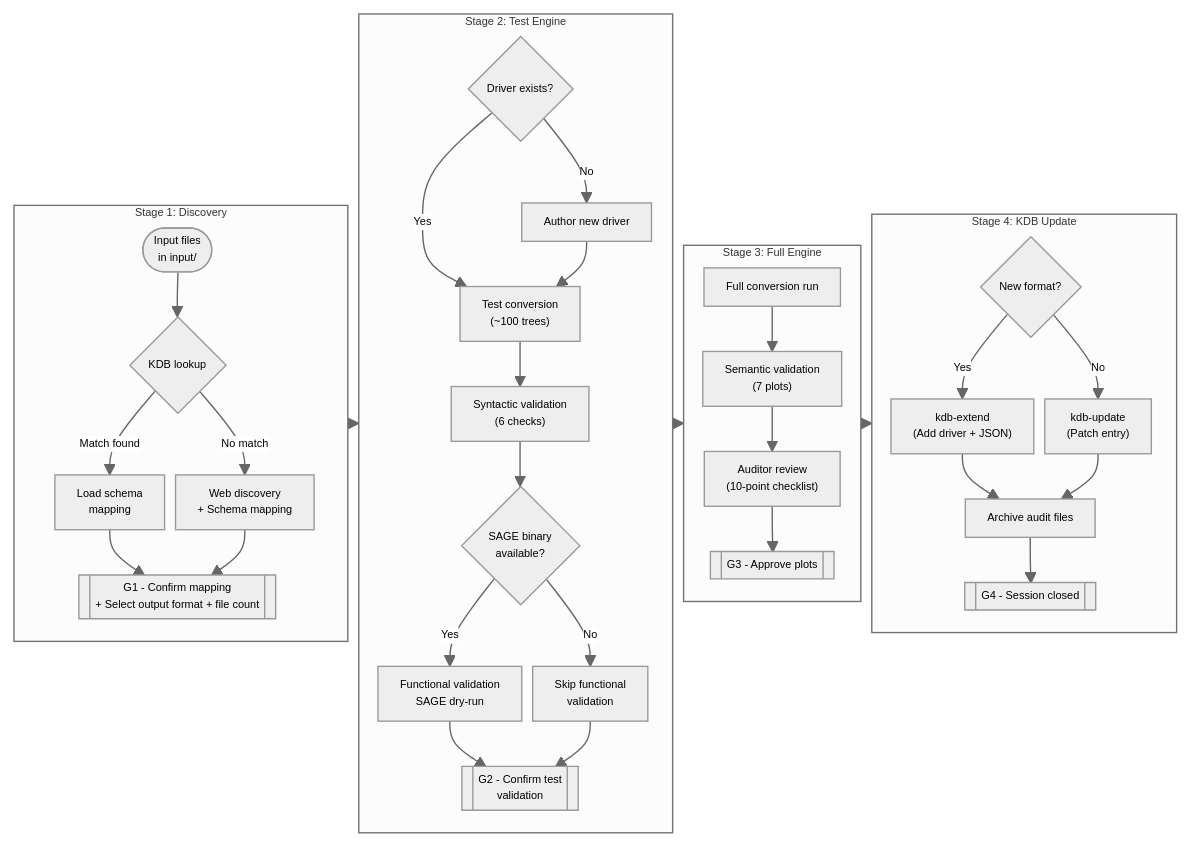
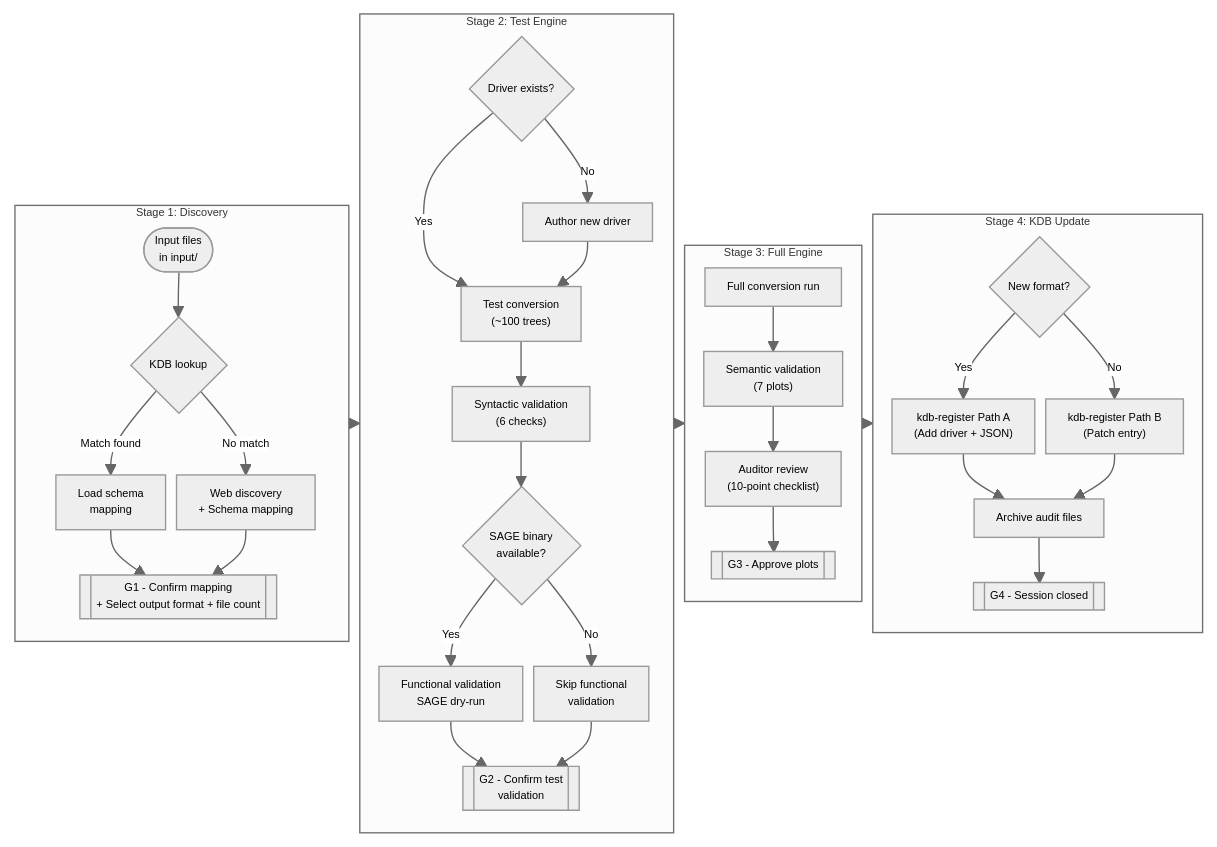
One commit to robmost/sage_tree_converter changed the diagram in README.md. Above: the diagram before and after it, drawn with Mermaid. The commit also changed 8 other files, not shown here.

Commit message:
refactor: merge kdb-extend and kdb-update into kdb-register

````diff
--- a/README.md
+++ b/README.md
@@ -49,54 +49,54 @@
 ```mermaid
 ---
 config:
     theme: neutral
     flowchart:
         rankSpacing:  8
         nodeSpacing: 8
         padding: 8
         curve: basis
     themeVariables:
         fontSize: 8px
 ---
 flowchart LR
     subgraph s1["Stage 1: Discovery"]
         direction TB
         a(["Input files<br/>in input/"]) --> b{"KDB lookup"}
         b -- "Match found" --> c["Load schema<br/>mapping"]
         b -- "No match" --> d["Web discovery<br/>+ Schema mapping"]
         c & d --> g1[["G1 - Confirm mapping<br/>+ Select output format + file count"]]
     end
 
     subgraph s2["Stage 2: Test Engine"]
         direction TB
         e{"Driver exists?"}
         e -- "Yes" --> f["Test conversion<br/>(~100 trees)"]
         e -- "No" --> g["Author new driver"] --> f
         f --> h["Syntactic validation<br/>(6 checks)"]
         h --> i{"SAGE binary<br/>available?"}
         i -- "Yes" --> j["Functional validation<br/>SAGE dry-run"]
         i -- "No" --> k["Skip functional<br/>validation"]
         j & k --> g2[["G2 - Confirm test<br/>validation"]]
     end
 
     subgraph s3["Stage 3: Full Engine"]
         direction TB
         l["Full conversion run"]
         l --> m["Semantic validation<br/>(7 plots)"]
         m --> n["Auditor review<br/>(10-point checklist)"]
         n --> g3[["G3 - Approve plots"]]
     end
 
     subgraph s4["Stage 4: KDB Update"]
         direction TB
         o{"New format?"}
-        o -- "Yes" --> p["kdb-extend<br/>(Add driver + JSON)"]
-        o -- "No" --> q["kdb-update<br/>(Patch entry)"]
+        o -- "Yes" --> p["kdb-register Path A<br/>(Add driver + JSON)"]
+        o -- "No" --> q["kdb-register Path B<br/>(Patch entry)"]
         p & q --> r["Archive audit files"]
         r --> g4[["G4 - Session closed"]]
     end
 
     s1 --> s2
     s2 --> s3
     s3 --> s4
 ```
````
